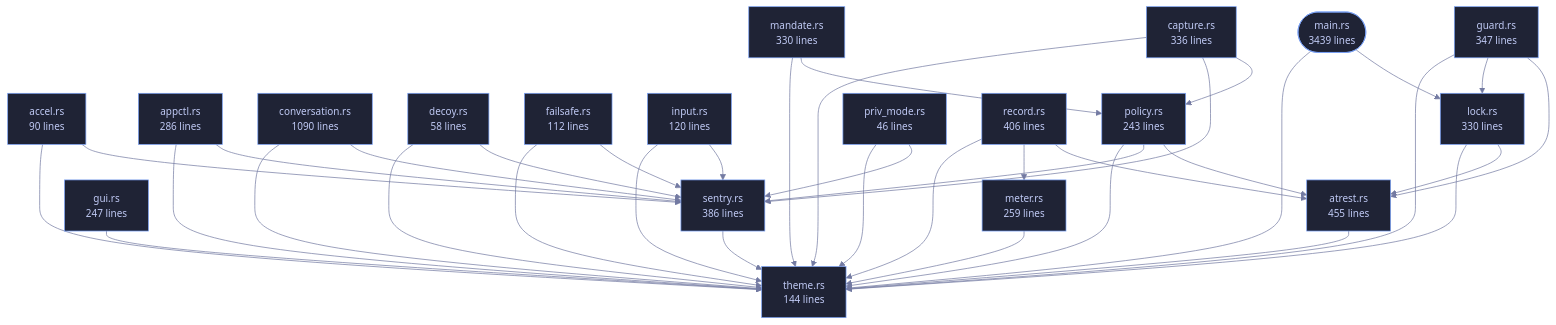
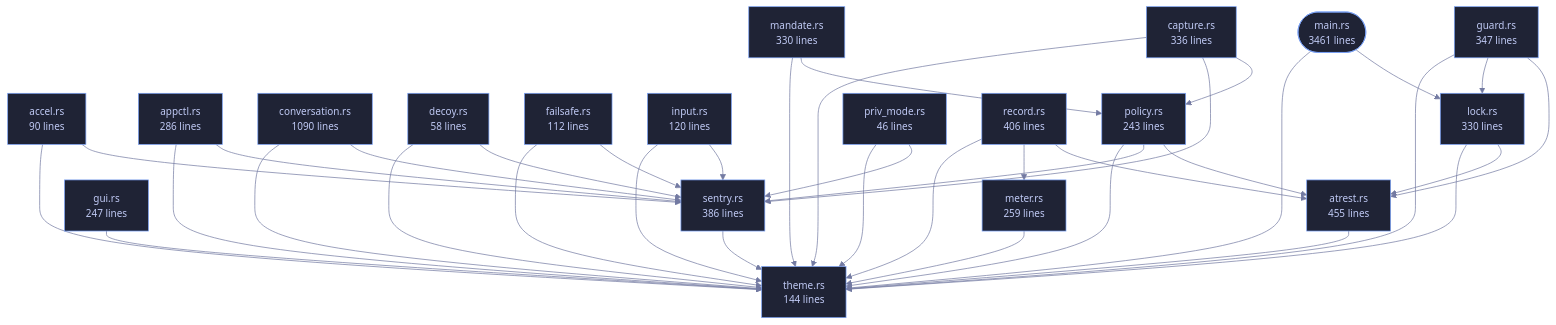
Before and after one commit to tilas01/veilvoice: the diagram in wiki/Crate-veilvoice-cli.md, drawn with Mermaid. The commit also changed other lines of this file and 21 other files, not shown here.

````diff
--- a/wiki/Crate-veilvoice-cli.md
+++ b/wiki/Crate-veilvoice-cli.md
@@ -97,78 +97,78 @@
 ```mermaid
 %%{init: {"theme":"base","themeVariables":{"background":"#1a1b26","primaryColor":"#1f2335","primaryTextColor":"#c0caf5","primaryBorderColor":"#7aa2f7","secondaryColor":"#16161e","tertiaryColor":"#16161e","lineColor":"#737aa2","textColor":"#c0caf5","mainBkg":"#1f2335","nodeBorder":"#7aa2f7","clusterBkg":"#16161e","clusterBorder":"#2f3549","fontFamily":"ui-monospace, SFMono-Regular, Consolas, monospace","fontSize":"14px"}}}%%
 flowchart TD
-    n_main(["main.rs<br/>3439 lines"])
+    n_main(["main.rs<br/>3461 lines"])
     n_accel["accel.rs<br/>90 lines"]
     n_appctl["appctl.rs<br/>286 lines"]
     n_atrest["atrest.rs<br/>455 lines"]
     n_capture["capture.rs<br/>336 lines"]
     n_conversation["conversation.rs<br/>1090 lines"]
     n_decoy["decoy.rs<br/>58 lines"]
     n_failsafe["failsafe.rs<br/>112 lines"]
     n_guard["guard.rs<br/>347 lines"]
     n_gui["gui.rs<br/>247 lines"]
     n_input["input.rs<br/>120 lines"]
     n_lock["lock.rs<br/>330 lines"]
     n_mandate["mandate.rs<br/>330 lines"]
     n_meter["meter.rs<br/>259 lines"]
     n_policy["policy.rs<br/>243 lines"]
     n_priv_mode["priv_mode.rs<br/>46 lines"]
     n_record["record.rs<br/>406 lines"]
     n_sentry["sentry.rs<br/>386 lines"]
     n_theme["theme.rs<br/>144 lines"]
     n_accel --> n_sentry
     n_accel --> n_theme
     n_appctl --> n_sentry
     n_appctl --> n_theme
     n_atrest --> n_theme
     n_capture --> n_policy
     n_capture --> n_sentry
     n_capture --> n_theme
     n_conversation --> n_sentry
     n_conversation --> n_theme
     n_decoy --> n_sentry
     n_decoy --> n_theme
     n_failsafe --> n_sentry
     n_failsafe --> n_theme
     n_guard --> n_atrest
     n_guard --> n_lock
     n_guard --> n_theme
     n_gui --> n_theme
     n_input --> n_sentry
     n_input --> n_theme
     n_lock --> n_atrest
     n_lock --> n_theme
     n_main --> n_lock
     n_main --> n_theme
     n_mandate --> n_policy
     n_mandate --> n_theme
     n_meter --> n_theme
     n_policy --> n_atrest
     n_policy --> n_sentry
     n_policy --> n_theme
     n_priv_mode --> n_sentry
     n_priv_mode --> n_theme
     n_record --> n_atrest
     n_record --> n_meter
     n_record --> n_theme
     n_sentry --> n_theme
     click n_main href "https://github.com/tilas01/veilvoice/blob/main/crates/veilvoice-cli/src/main.rs" "open the source"
     click n_accel href "https://github.com/tilas01/veilvoice/blob/main/crates/veilvoice-cli/src/accel.rs" "open the source"
     click n_appctl href "https://github.com/tilas01/veilvoice/blob/main/crates/veilvoice-cli/src/appctl.rs" "open the source"
     click n_atrest href "https://github.com/tilas01/veilvoice/blob/main/crates/veilvoice-cli/src/atrest.rs" "open the source"
     click n_capture href "https://github.com/tilas01/veilvoice/blob/main/crates/veilvoice-cli/src/capture.rs" "open the source"
     click n_conversation href "https://github.com/tilas01/veilvoice/blob/main/crates/veilvoice-cli/src/conversation.rs" "open the source"
     click n_decoy href "https://github.com/tilas01/veilvoice/blob/main/crates/veilvoice-cli/src/decoy.rs" "open the source"
     click n_failsafe href "https://github.com/tilas01/veilvoice/blob/main/crates/veilvoice-cli/src/failsafe.rs" "open the source"
     click n_guard href "https://github.com/tilas01/veilvoice/blob/main/crates/veilvoice-cli/src/guard.rs" "open the source"
     click n_gui href "https://github.com/tilas01/veilvoice/blob/main/crates/veilvoice-cli/src/gui.rs" "open the source"
     click n_input href "https://github.com/tilas01/veilvoice/blob/main/crates/veilvoice-cli/src/input.rs" "open the source"
     click n_lock href "https://github.com/tilas01/veilvoice/blob/main/crates/veilvoice-cli/src/lock.rs" "open the source"
     click n_mandate href "https://github.com/tilas01/veilvoice/blob/main/crates/veilvoice-cli/src/mandate.rs" "open the source"
     click n_meter href "https://github.com/tilas01/veilvoice/blob/main/crates/veilvoice-cli/src/meter.rs" "open the source"
     click n_policy href "https://github.com/tilas01/veilvoice/blob/main/crates/veilvoice-cli/src/policy.rs" "open the source"
     click n_priv_mode href "https://github.com/tilas01/veilvoice/blob/main/crates/veilvoice-cli/src/priv_mode.rs" "open the source"
     click n_record href "https://github.com/tilas01/veilvoice/blob/main/crates/veilvoice-cli/src/record.rs" "open the source"
     click n_sentry href "https://github.com/tilas01/veilvoice/blob/main/crates/veilvoice-cli/src/sentry.rs" "open the source"
     click n_theme href "https://github.com/tilas01/veilvoice/blob/main/crates/veilvoice-cli/src/theme.rs" "open the source"
 ```
````
